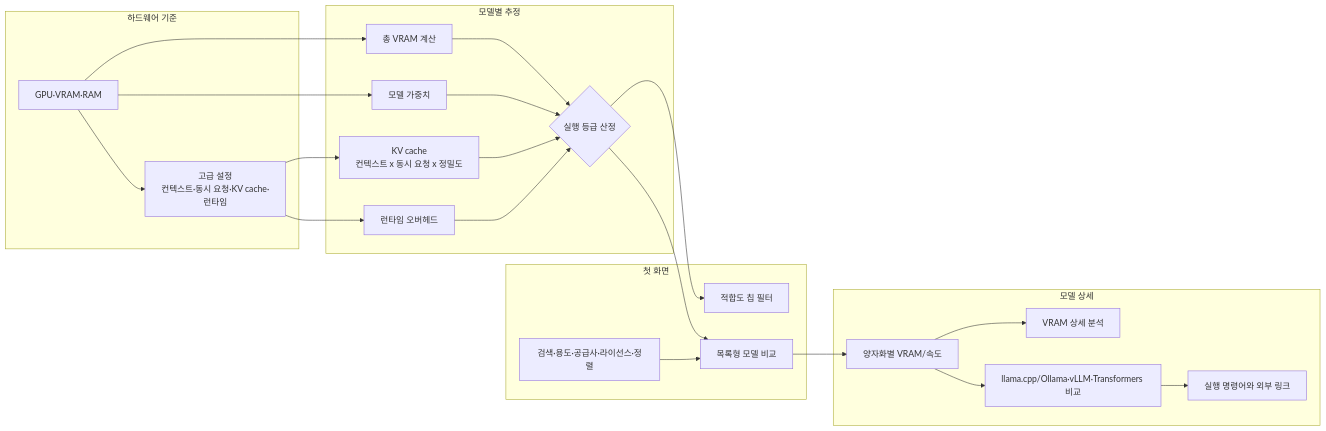
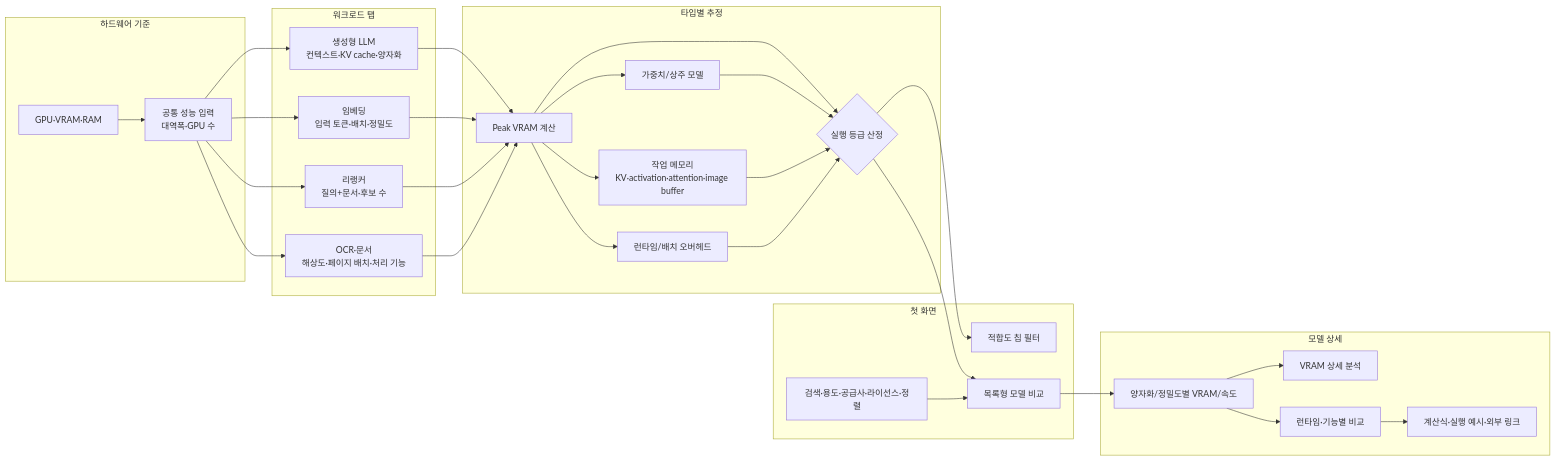
One commit to jaeseok614/llm-gpu-checker-ko changed the second of 3 diagrams in README.md. Above: the diagram before and after it, drawn with Mermaid. The commit also changed other lines of this file and 14 other files, not shown here.

Commit message:
Add RAG and OCR workload calculators

````diff
--- a/README.md
+++ b/README.md
@@ -79,45 +90,59 @@
 ```mermaid
 flowchart LR
   subgraph Hardware[하드웨어 기준]
     A[GPU·VRAM·RAM]
-    B[고급 설정<br/>컨텍스트·동시 요청·KV cache·런타임]
+    B[공통 성능 입력<br/>대역폭·GPU 수]
   end
 
-  subgraph Estimate[모델별 추정]
-    H[총 VRAM 계산]
-    I[모델 가중치]
-    J[KV cache<br/>컨텍스트 x 동시 요청 x 정밀도]
-    K[런타임 오버헤드]
+  subgraph Workload[워크로드 탭]
+    W1[생성형 LLM<br/>컨텍스트·KV cache·양자화]
+    W2[임베딩<br/>입력 토큰·배치·정밀도]
+    W3[리랭커<br/>질의+문서·후보 수]
+    W4[OCR·문서<br/>해상도·페이지 배치·처리 기능]
+  end
+
+  subgraph Estimate[타입별 추정]
+    H[Peak VRAM 계산]
+    I[가중치/상주 모델]
+    J[작업 메모리<br/>KV·activation·attention·image buffer]
+    K[런타임/배치 오버헤드]
     L{실행 등급 산정}
   end
 
   subgraph List[첫 화면]
     M[적합도 칩 필터]
     N[목록형 모델 비교]
     O[검색·용도·공급사·라이선스·정렬]
   end
 
   subgraph Detail[모델 상세]
-    P[양자화별 VRAM/속도]
+    P[양자화/정밀도별 VRAM/속도]
     R[VRAM 상세 분석]
-    S[llama.cpp/Ollama·vLLM·Transformers 비교]
-    T[실행 명령어와 외부 링크]
+    S[런타임·기능별 비교]
+    T[계산식·실행 예시·외부 링크]
   end
 
   A --> B
-  A --> H
-  A --> I
-  B --> J
-  B --> K
+  B --> W1
+  B --> W2
+  B --> W3
+  B --> W4
+  W1 --> H
+  W2 --> H
+  W3 --> H
+  W4 --> H
+  H --> I
+  H --> J
+  H --> K
   H --> L
   I --> L
   J --> L
   K --> L
   L --> M
   L --> N
   O --> N
   N --> P
   P --> R
   P --> S
   S --> T
 ```
````
